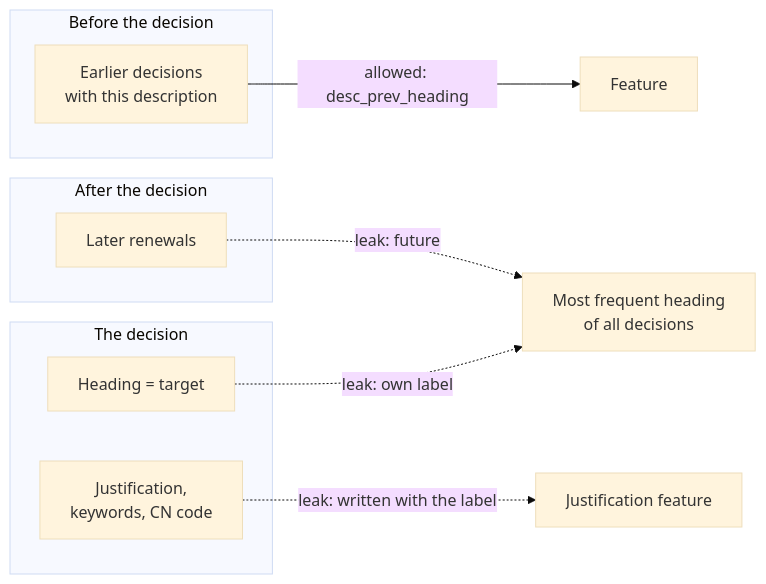
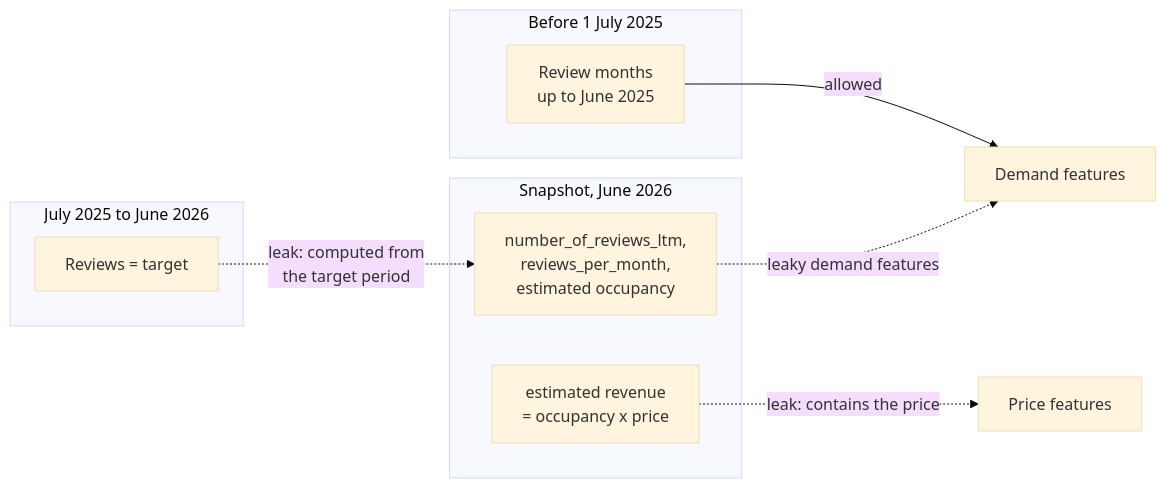
One commit to khoadaniel/statistical-programming-mpmd-htw-ws-2026 changed the second of 2 diagrams in sessions/09-feature-engineering-and-imbalance/theory/02-aggregates-leakage-and-text-statistics.md. Above: the diagram before and after it, drawn with Mermaid (base theme). The commit also changed other lines of this file and 106 other files, not shown here.

````diff
--- a/sessions/09-feature-engineering-and-imbalance/theory/02-aggregates-leakage-and-text-statistics.md
+++ b/sessions/09-feature-engineering-and-imbalance/theory/02-aggregates-leakage-and-text-statistics.md
@@ -143,17 +178,17 @@
 ```mermaid
 flowchart LR
-    subgraph past["Before the decision"]
-        p1["Earlier decisions<br/>with this description"]
+    subgraph before["Before 1 July 2025"]
+        p1["Review months<br/>up to June 2025"]
     end
-    subgraph now["The decision"]
-        r["Heading = target"]
-        j["Justification,<br/>keywords, CN code"]
+    subgraph target["July 2025 to June 2026"]
+        r["Reviews = target"]
     end
-    subgraph future["After the decision"]
-        f1["Later renewals"]
+    subgraph snapshot["Snapshot, June 2026"]
+        s1["number_of_reviews_ltm,<br/>reviews_per_month,<br/>estimated occupancy"]
+        s2["estimated revenue<br/>= occupancy x price"]
     end
-    p1 -->|"allowed: desc_prev_heading"| feat["Feature"]
-    r -.->|"leak: own label"| leaky["Most frequent heading<br/>of all decisions"]
-    f1 -.->|"leak: future"| leaky
-    j -.->|"leak: written with the label"| leaky2["Justification feature"]
+    p1 -->|"allowed"| feat["Demand features"]
+    r -.->|"leak: computed from<br/>the target period"| s1
+    s1 -.->|"leaky demand features"| feat
+    s2 -.->|"leak: contains the price"| pricef["Price features"]
 ```
````
